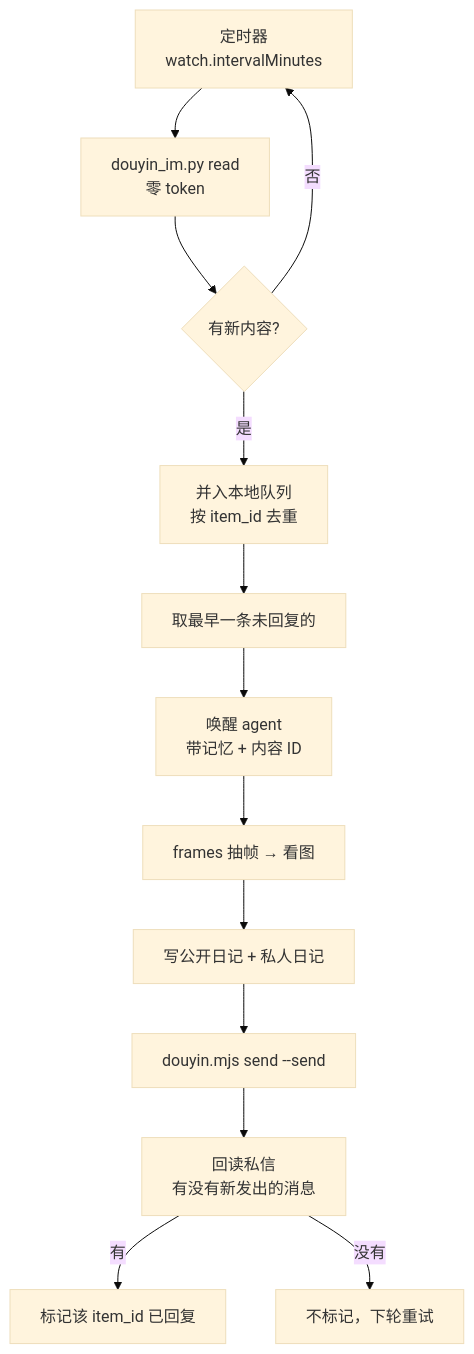
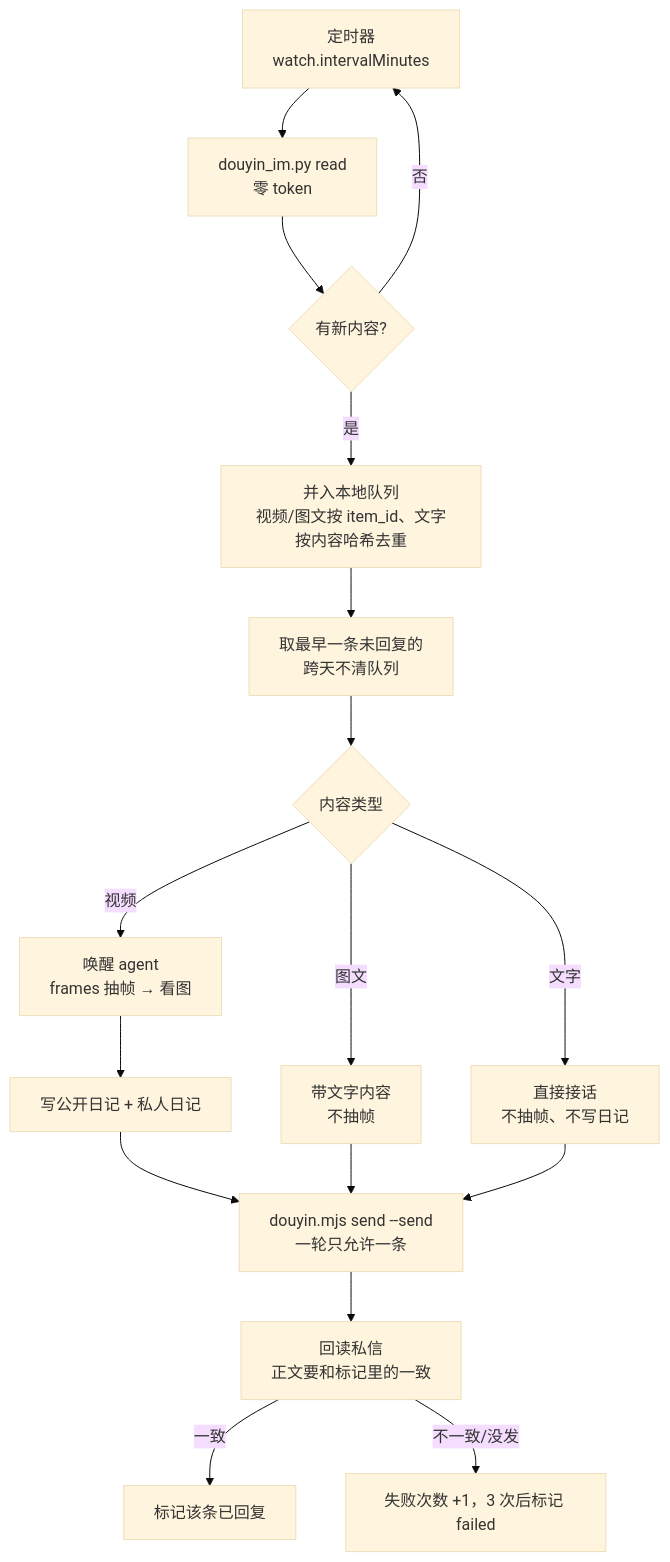
The second of 2 diagrams in README.md (jackey670/dsh-douyin-whale), drawn with Mermaid (base theme) before and after one commit. The commit also changed other lines of this file and 20 other files, not shown here.

First line of the commit message:
fix(scheduler): v1.4.2 — 跨天保留队列/已回复、文字消息入队、图文不再静默跳过、一轮只发一条、拟人化风格池

````diff
--- a/README.md
+++ b/README.md
@@ -128,15 +128,19 @@
 ```mermaid
 flowchart TD
     A[定时器<br/>watch.intervalMinutes] --> B[douyin_im.py read<br/>零 token]
     B --> C{有新内容?}
     C -- 否 --> A
-    C -- 是 --> D[并入本地队列<br/>按 item_id 去重]
-    D --> E[取最早一条未回复的]
-    E --> F[唤醒 agent<br/>带记忆 + 内容 ID]
-    F --> G[frames 抽帧 → 看图]
+    C -- 是 --> D[并入本地队列<br/>视频/图文按 item_id、文字按内容哈希去重]
+    D --> E[取最早一条未回复的<br/>跨天不清队列]
+    E --> F{内容类型}
+    F -- 视频 --> G[唤醒 agent<br/>frames 抽帧 → 看图]
+    F -- 图文 --> G2[带文字内容<br/>不抽帧]
+    F -- 文字 --> G3[直接接话<br/>不抽帧、不写日记]
     G --> H[写公开日记 + 私人日记]
-    H --> I[douyin.mjs send --send]
-    I --> J[回读私信<br/>有没有新发出的消息]
-    J -- 有 --> K[标记该 item_id 已回复]
-    J -- 没有 --> L[不标记，下轮重试]
+    H --> I[douyin.mjs send --send<br/>一轮只允许一条]
+    G2 --> I
+    G3 --> I
+    I --> J[回读私信<br/>正文要和标记里的一致]
+    J -- 一致 --> K[标记该条已回复]
+    J -- 不一致/没发 --> L[失败次数 +1，3 次后标记 failed]
 ```
````
